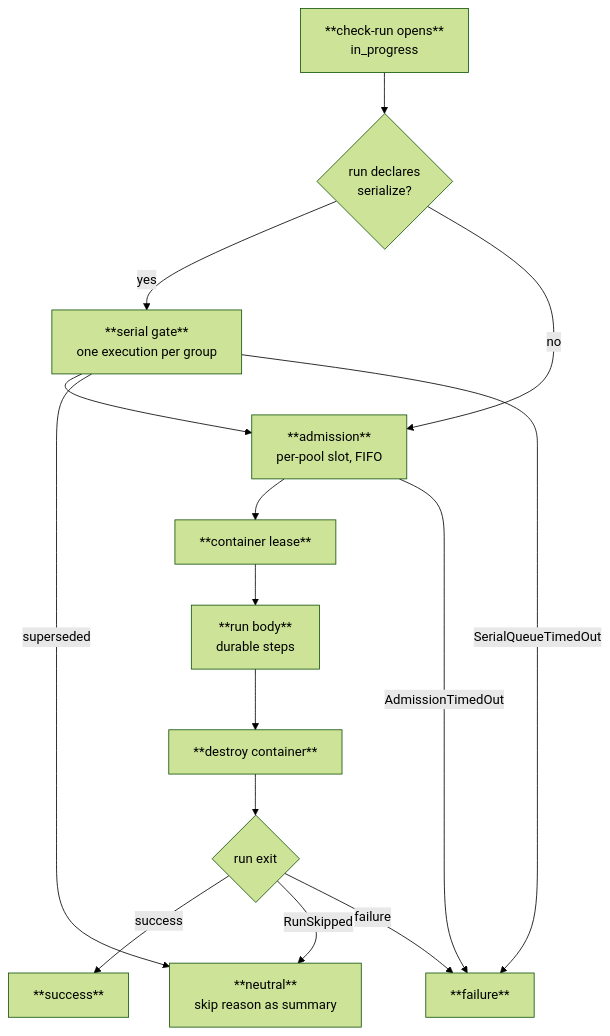
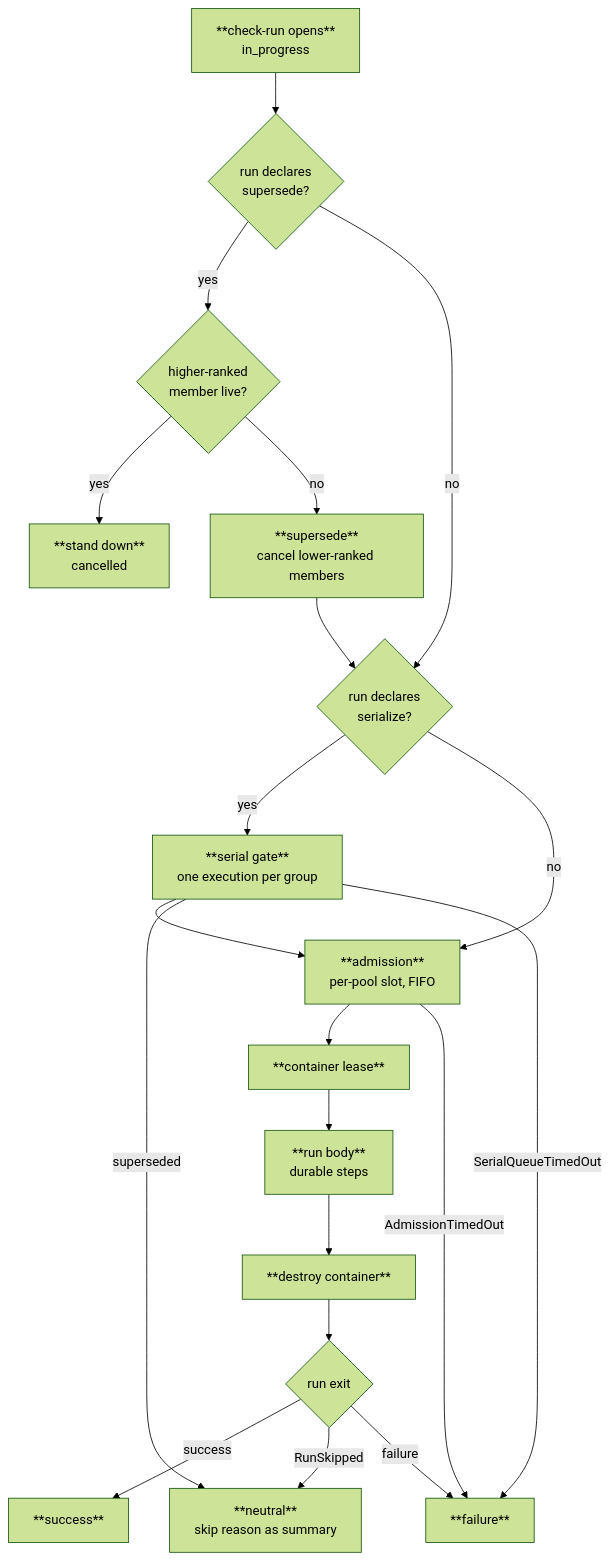
Before and after one commit to ax-engineering/flare-dispatch-mirror: the third of 9 diagrams in runs/README.md, drawn with Mermaid (forest theme). The commit also changed 25 other files, not shown here.

````diff
--- a/runs/README.md
+++ b/runs/README.md
@@ -70,21 +70,26 @@
 ```mermaid
 flowchart TB
   accTitle: One execution inside RunWorkflow
-  open["**check-run opens**<br/>in_progress"] --> ser{"run declares<br/>serialize?"}
+  open["**check-run opens**<br/>in_progress"] --> sup{"run declares<br/>supersede?"}
+  sup -->|yes| rank{"higher-ranked<br/>member live?"}
+  rank -->|yes| stood["**stand down**<br/>cancelled"]
+  rank -->|no| cancel["**supersede**<br/>cancel lower-ranked members"]
+  sup -->|no| ser{"run declares<br/>serialize?"}
+  cancel --> ser
   ser -->|yes| serial["**serial gate**<br/>one execution per group"]
   ser -->|no| adm
   serial --> adm["**admission**<br/>per-pool slot, FIFO"]
   adm --> lease["**container lease**"]
   lease --> body["**run body**<br/>durable steps"]
   body --> destroy["**destroy container**"]
   destroy --> exit{"run exit"}
   exit -->|success| ok["**success**"]
   exit -->|RunSkipped| neutral["**neutral**<br/>skip reason as summary"]
   exit -->|failure| red["**failure**"]
   serial -->|superseded| neutral
   serial -->|SerialQueueTimedOut| red
   adm -->|AdmissionTimedOut| red
   class ok ok
   class neutral muted
   class red danger
 ```
````
